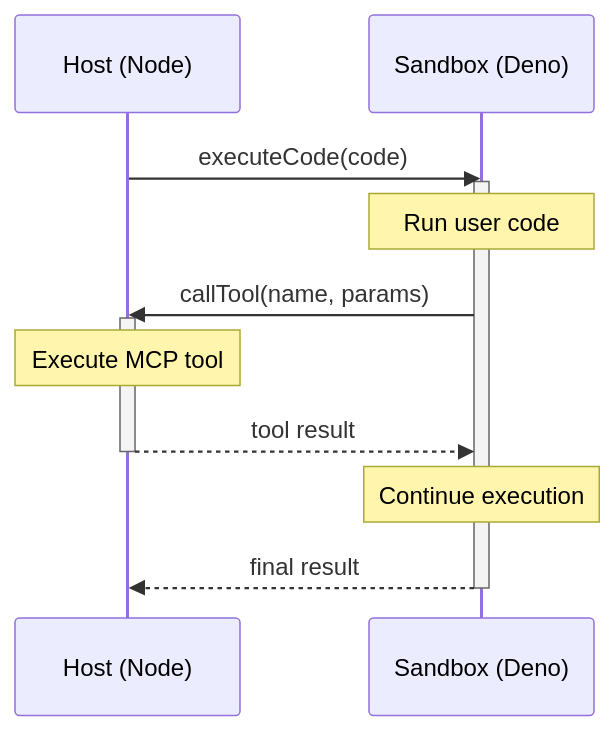
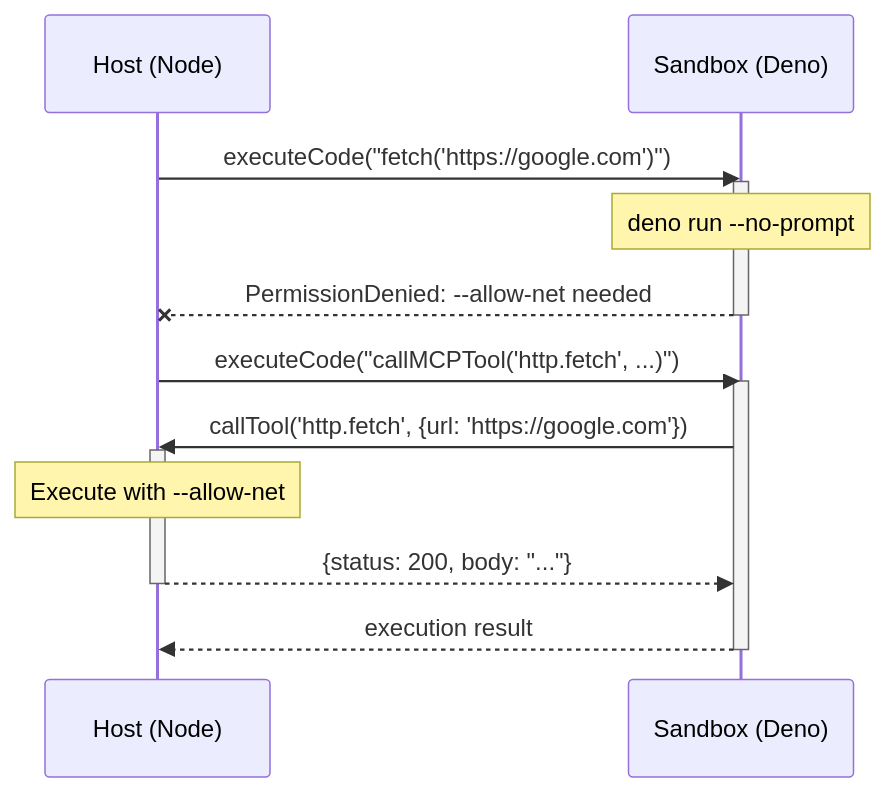
One commit to mcpc-tech/mcpc changed the diagram in packages/plugin-code-execution/README.md. Above: the diagram before and after it, drawn with Mermaid. The commit also changed other lines of this file, not shown here.

First line of the commit message:
docs: clarify permission model in plugin-code-execution README

````diff
--- a/packages/plugin-code-execution/README.md
+++ b/packages/plugin-code-execution/README.md
@@ -141,17 +141,21 @@
 ```mermaid
 sequenceDiagram
     participant Host as Host (Node)
     participant Sandbox as Sandbox (Deno)
     
-    Host->>Sandbox: executeCode(code)
+    Host->>Sandbox: executeCode("fetch('https://google.com')")
     activate Sandbox
-    Note over Sandbox: Run user code
-    Sandbox->>Host: callTool(name, params)
+    Note over Sandbox: deno run --no-prompt
+    Sandbox--xHost: PermissionDenied: --allow-net needed
+    deactivate Sandbox
+    
+    Host->>Sandbox: executeCode("callMCPTool('http.fetch', ...)")
+    activate Sandbox
+    Sandbox->>Host: callTool('http.fetch', {url: 'https://google.com'})
     activate Host
-    Note over Host: Execute MCP tool
-    Host-->>Sandbox: tool result
+    Note over Host: Execute with --allow-net
+    Host-->>Sandbox: {status: 200, body: "..."}
     deactivate Host
-    Note over Sandbox: Continue execution
-    Sandbox-->>Host: final result
+    Sandbox-->>Host: execution result
     deactivate Sandbox
 ```
````
